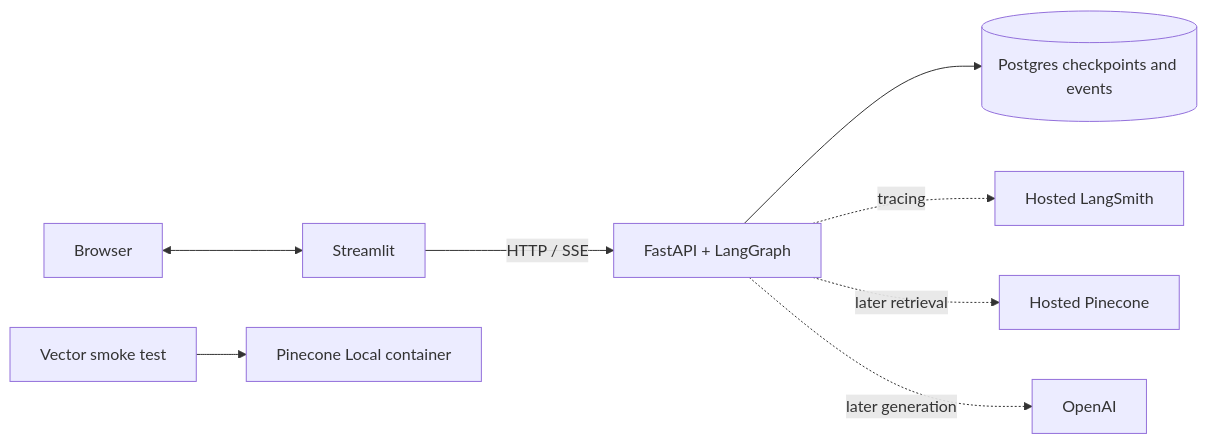
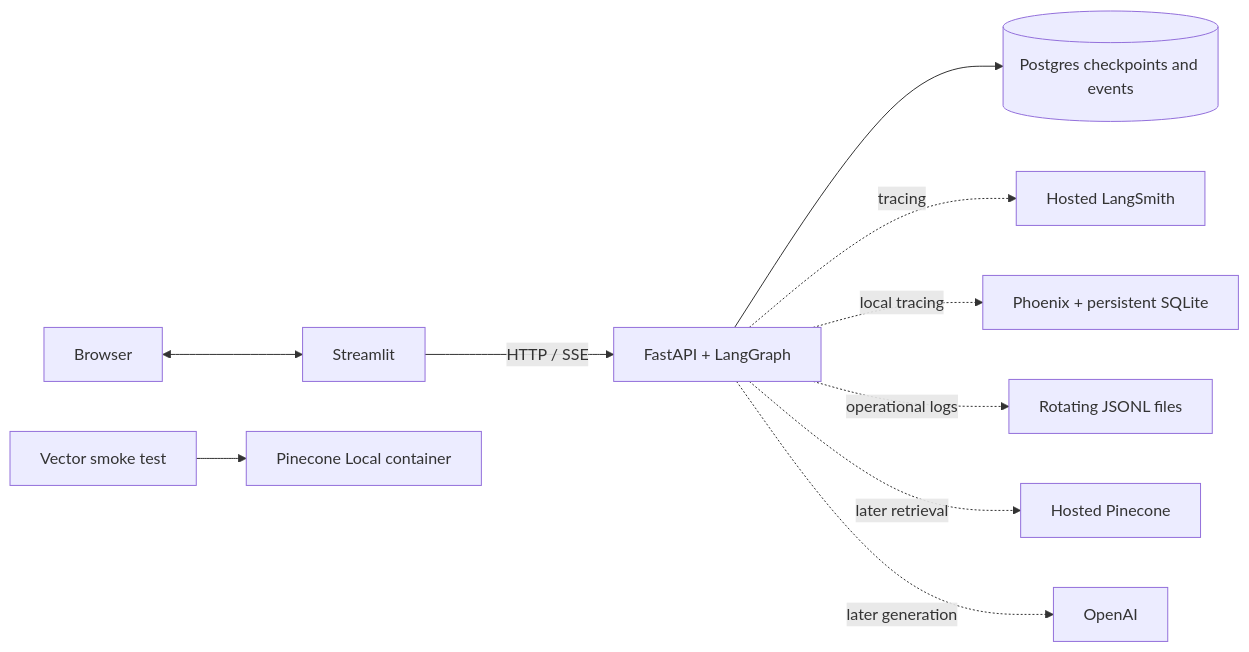
Before and after one commit to ruchiraavsv/comtech: the diagram in README.md, drawn with Mermaid. The commit also changed other lines of this file and 22 other files, not shown here.

Commit message:
feat: add persistent local logs and Phoenix tracing

````diff
--- a/README.md
+++ b/README.md
@@ -54,10 +59,12 @@
 ```mermaid
 flowchart LR
     browser[Browser] <--> ui[Streamlit]
     ui -->|HTTP / SSE| api[FastAPI + LangGraph]
     api --> db[(Postgres checkpoints and events)]
     api -. tracing .-> ls[Hosted LangSmith]
+    api -. local tracing .-> phoenix[Phoenix + persistent SQLite]
+    api -. operational logs .-> files[Rotating JSONL files]
     api -. later retrieval .-> pc[Hosted Pinecone]
     api -. later generation .-> llm[OpenAI]
     tests[Vector smoke test] --> local[Pinecone Local container]
 ```
````
